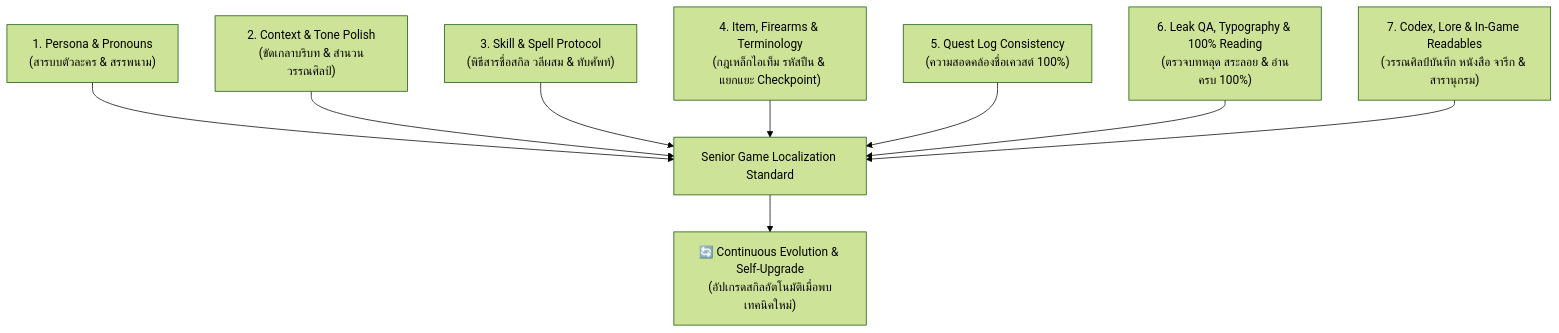
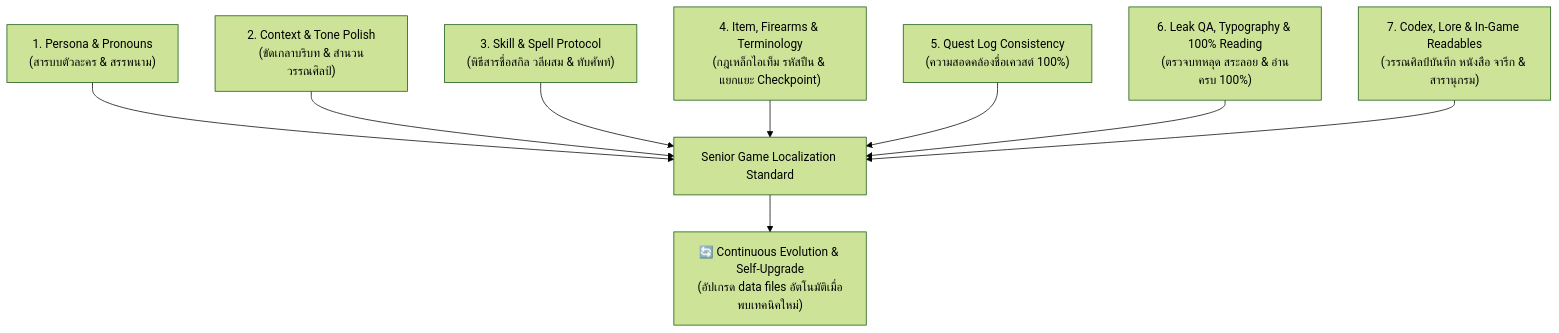
Before and after one commit to AeyXD/game-localization-qa: the first of 2 diagrams in SKILL.md, drawn with Mermaid (forest theme). The commit also changed other lines of this file and 14 other files, not shown here.

First line of the commit message:
feat: restructure into data-driven architecture with progressive disclosure

````diff
--- a/SKILL.md
+++ b/SKILL.md
@@ -14,20 +36,20 @@
 ```mermaid
 flowchart TD
     P1["1. Persona & Pronouns<br/>(สารบบตัวละคร & สรรพนาม)"]
     P2["2. Context & Tone Polish<br/>(ขัดเกลาบริบท & สำนวนวรรณศิลป์)"]
     P3["3. Skill & Spell Protocol<br/>(พิธีสารชื่อสกิล วลีผสม & ทับศัพท์)"]
     P4["4. Item, Firearms & Terminology<br/>(กฎเหล็กไอเท็ม รหัสปืน & แยกแยะ Checkpoint)"]
     P5["5. Quest Log Consistency<br/>(ความสอดคล้องชื่อเควสต์ 100%)"]
     P6["6. Leak QA, Typography & 100% Reading<br/>(ตรวจบทหลุด สระลอย & อ่านครบ 100%)"]
     P7["7. Codex, Lore & In-Game Readables<br/>(วรรณศิลป์บันทึก หนังสือ จารึก & สารานุกรม)"]
 
     P1 --> MasterQA["Senior Game Localization Standard"]
     P2 --> MasterQA
     P3 --> MasterQA
     P4 --> MasterQA
     P5 --> MasterQA
     P6 --> MasterQA
     P7 --> MasterQA
 
-    MasterQA --> Evolution["🔄 Continuous Evolution & Self-Upgrade<br/>(อัปเกรดสกิลอัตโนมัติเมื่อพบเทคนิคใหม่)"]
+    MasterQA --> Evolution["🔄 Continuous Evolution & Self-Upgrade<br/>(อัปเกรด data files อัตโนมัติเมื่อพบเทคนิคใหม่)"]
 ```
````
